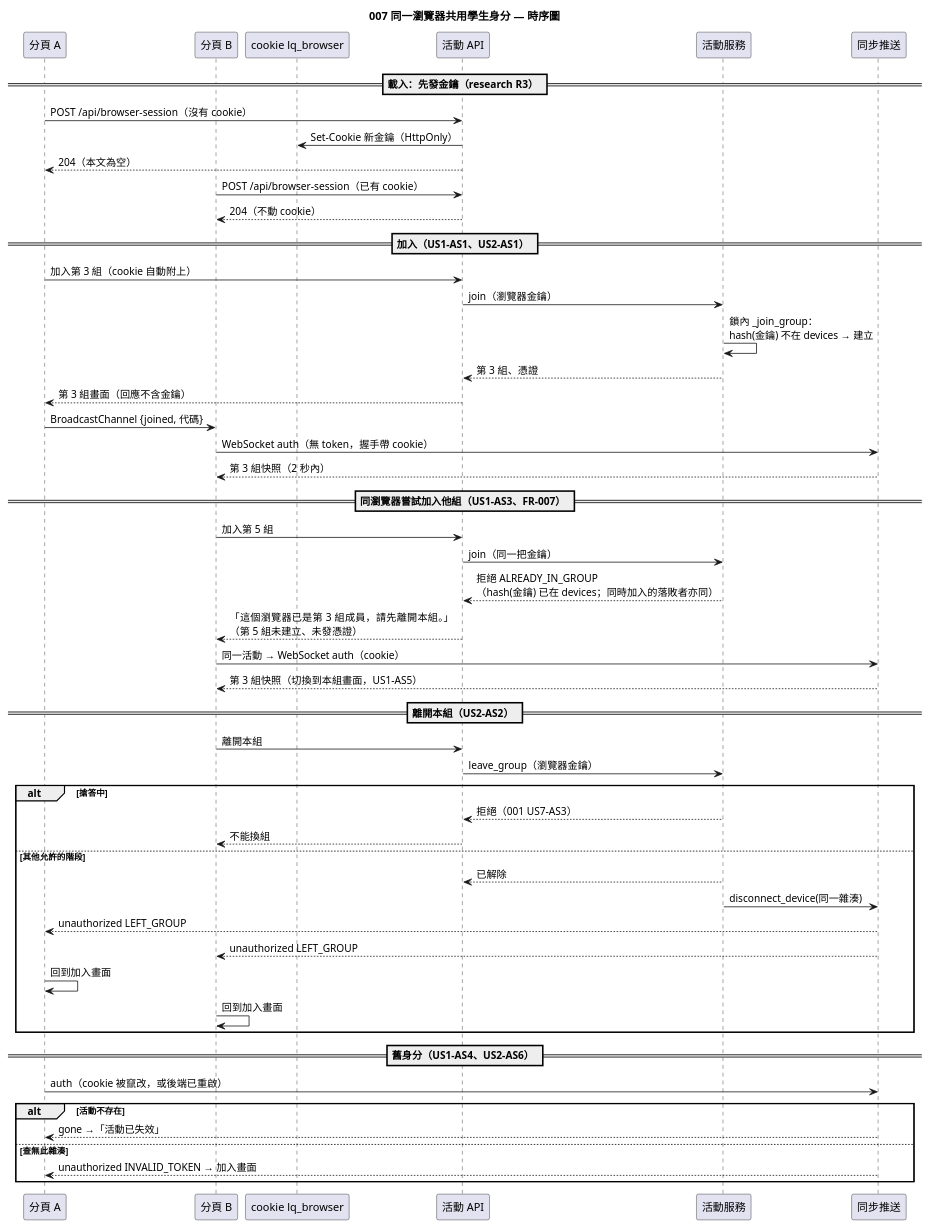
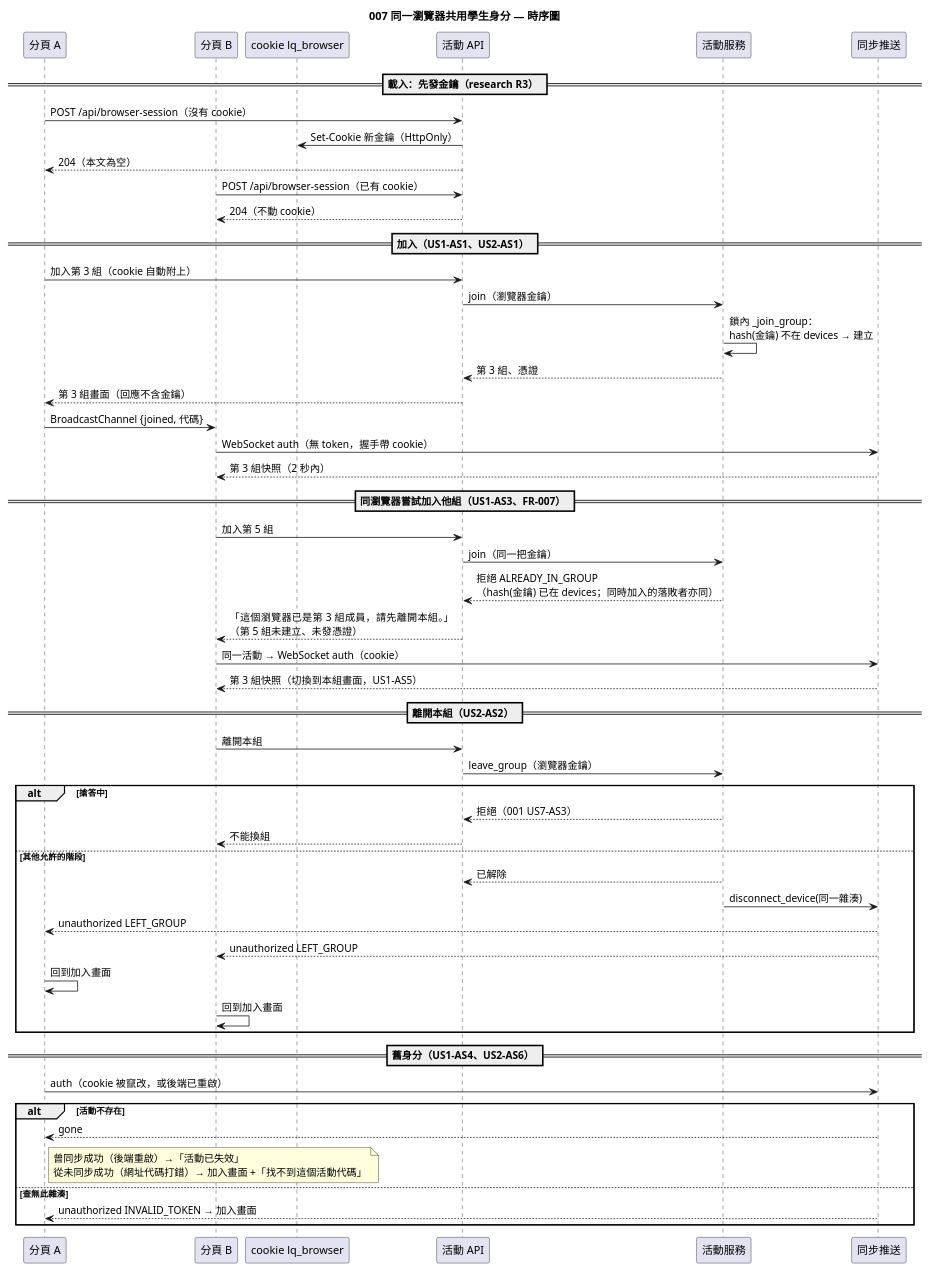
Before and after one commit to EricC430/lecture-answer-first_group16_speckit: the diagram in diagrams/007-browser-identity-sync-sequence.puml, drawn with PlantUML. The commit also changed 21 other files, not shown here.

First line of the commit message:
docs: 007 Polish 同步 001 文件與圖、各 quickstart、CLAUDE.md、SCENARIO_MAP，記錄驗證結果 (#36)

```diff
--- a/diagrams/007-browser-identity-sync-sequence.puml
+++ b/diagrams/007-browser-identity-sync-sequence.puml
@@ -1,60 +1,64 @@
 @startuml 007-browser-identity-sync-sequence
 !pragma layout smetana
 skinparam defaultFontName "Microsoft JhengHei"
 title 007 同一瀏覽器共用學生身分 — 時序圖
 
 participant "分頁 A" as A
 participant "分頁 B" as B
 participant "cookie lq_browser" as Store
 participant "活動 API" as Api
 participant "活動服務" as Svc
 participant "同步推送" as Sync
 
 == 載入：先發金鑰（research R3） ==
 A -> Api : POST /api/browser-session（沒有 cookie）
 Api -> Store : Set-Cookie 新金鑰（HttpOnly）
 Api --> A : 204（本文為空）
 B -> Api : POST /api/browser-session（已有 cookie）
 Api --> B : 204（不動 cookie）
 
 == 加入（US1-AS1、US2-AS1） ==
 A -> Api : 加入第 3 組（cookie 自動附上）
 Api -> Svc : join（瀏覽器金鑰）
 Svc -> Svc : 鎖內 _join_group：\nhash(金鑰) 不在 devices → 建立
 Svc --> Api : 第 3 組、憑證
 Api --> A : 第 3 組畫面（回應不含金鑰）
 A -> B : BroadcastChannel {joined, 代碼}
 B -> Sync : WebSocket auth（無 token，握手帶 cookie）
 Sync --> B : 第 3 組快照（2 秒內）
 
 == 同瀏覽器嘗試加入他組（US1-AS3、FR-007） ==
 B -> Api : 加入第 5 組
 Api -> Svc : join（同一把金鑰）
 Svc --> Api : 拒絕 ALREADY_IN_GROUP\n（hash(金鑰) 已在 devices；同時加入的落敗者亦同）
 Api --> B : 「這個瀏覽器已是第 3 組成員，請先離開本組。」\n（第 5 組未建立、未發憑證）
 B -> Sync : 同一活動 → WebSocket auth（cookie）
 Sync --> B : 第 3 組快照（切換到本組畫面，US1-AS5）
 
 == 離開本組（US2-AS2） ==
 B -> Api : 離開本組
 Api -> Svc : leave_group（瀏覽器金鑰）
 alt 搶答中
   Svc --> Api : 拒絕（001 US7-AS3）
   Api --> B : 不能換組
 else 其他允許的階段
   Svc --> Api : 已解除
   Svc -> Sync : disconnect_device(同一雜湊)
   Sync --> A : unauthorized LEFT_GROUP
   Sync --> B : unauthorized LEFT_GROUP
   A -> A : 回到加入畫面
   B -> B : 回到加入畫面
 end
 
 == 舊身分（US1-AS4、US2-AS6） ==
 A -> Sync : auth（cookie 被竄改，或後端已重啟）
 alt 活動不存在
-  Sync --> A : gone →「活動已失效」
+  Sync --> A : gone
+  note right of A
+    曾同步成功（後端重啟）→「活動已失效」
+    從未同步成功（網址代碼打錯）→ 加入畫面 +「找不到這個活動代碼」
+  end note
 else 查無此雜湊
   Sync --> A : unauthorized INVALID_TOKEN → 加入畫面
 end
 @enduml
```
